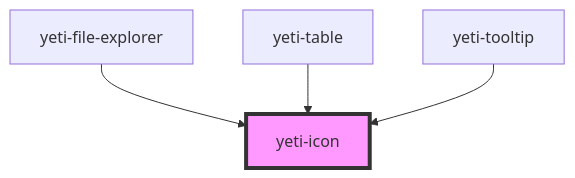
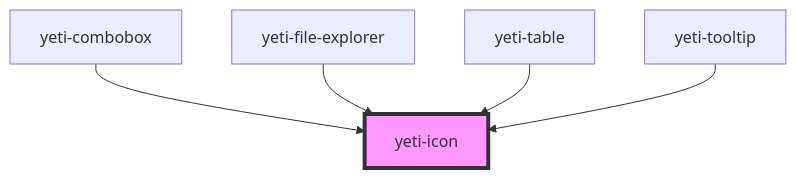
Before and after one commit to msoltvedt/yeti: the diagram in src/components/yeti-icon/readme.md, drawn with Mermaid. The commit also changed other lines of this file and 96 other files, not shown here.

````diff
--- a/src/components/yeti-icon/readme.md
+++ b/src/components/yeti-icon/readme.md
@@ -29,7 +30,8 @@
 ```mermaid
 graph TD;
+  yeti-combobox --> yeti-icon
   yeti-file-explorer --> yeti-icon
   yeti-table --> yeti-icon
   yeti-tooltip --> yeti-icon
   style yeti-icon fill:#f9f,stroke:#333,stroke-width:4px
 ```
````
